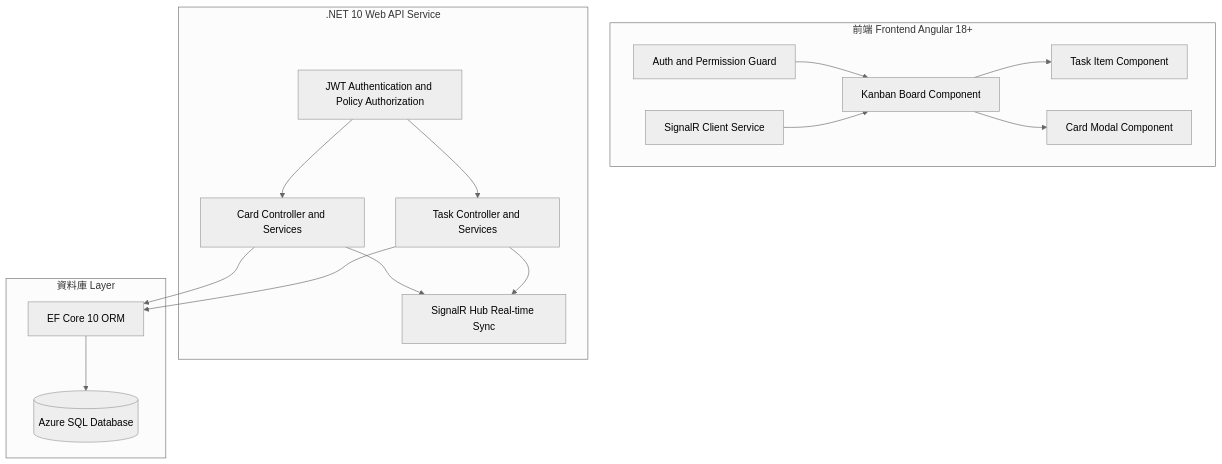
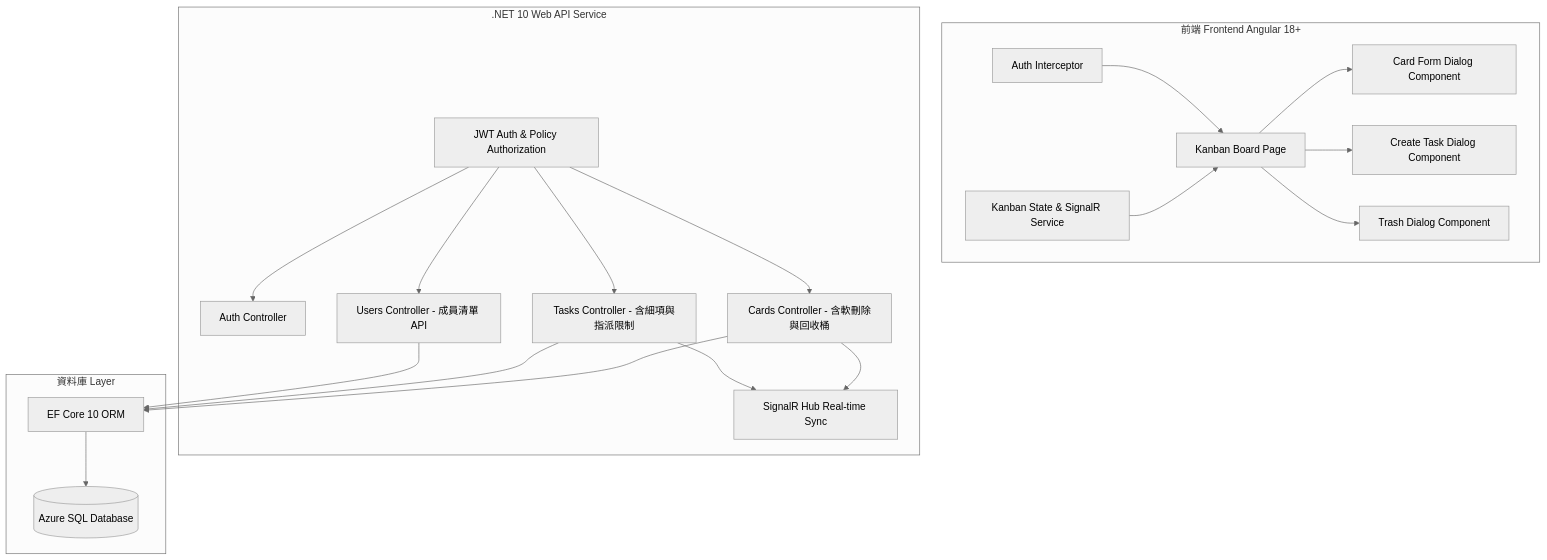
Before and after one commit to JamesFu168/Dashboard: the first of 2 diagrams in kanban_system_architecture_plan.md, drawn with Mermaid (neutral theme). The commit also changed other lines of this file and 2 other files, not shown here.

Commit message:
feat: 在 CARDS 資料表中新增 IsDeleted 與 DeletedAt 欄位以支援軟刪除功能 feat: 更新實作計畫，加入軟刪除與回收桶相關 API 端點 docs: 更新系統架構規劃書，加入軟刪除與回收桶功能的說明

````diff
--- a/kanban_system_architecture_plan.md
+++ b/kanban_system_architecture_plan.md
@@ -9,29 +9,35 @@
 ```mermaid
 graph TD
     subgraph Client[前端 Frontend Angular 18+]
-        A[Kanban Board Component] --> B[Task Item Component]
-        A --> C[Card Modal Component]
-        D[Auth and Permission Guard] --> A
-        E[SignalR Client Service] --> A
+        A[Kanban Board Page] --> B[Card Form Dialog Component]
+        A --> C[Create Task Dialog Component]
+        A --> D[Trash Dialog Component]
+        E[Auth Interceptor] --> A
+        F[Kanban State & SignalR Service] --> A
     end
 
     subgraph Server[.NET 10 Web API Service]
-        F[JWT Authentication and Policy Authorization]
-        G[Card Controller and Services]
-        H[Task Controller and Services]
-        I[SignalR Hub Real-time Sync]
-        F --> G
-        F --> H
+        G[JWT Auth & Policy Authorization]
+        H[Auth Controller]
+        I[Cards Controller - 含軟刪除與回收桶]
+        J[Tasks Controller - 含細項與指派限制]
+        K[Users Controller - 成員清單 API]
+        L[SignalR Hub Real-time Sync]
+        G --> H
         G --> I
-        H --> I
+        G --> J
+        G --> K
+        I --> L
+        J --> L
     end
 
     subgraph Database[資料庫 Layer]
-        J[(Azure SQL Database)]
-        K[EF Core 10 ORM]
-        K --> J
+        M[(Azure SQL Database)]
+        N[EF Core 10 ORM]
+        N --> M
     end
 
-    G --> K
-    H --> K
+    I --> N
+    J --> N
+    K --> N
 ```
````
